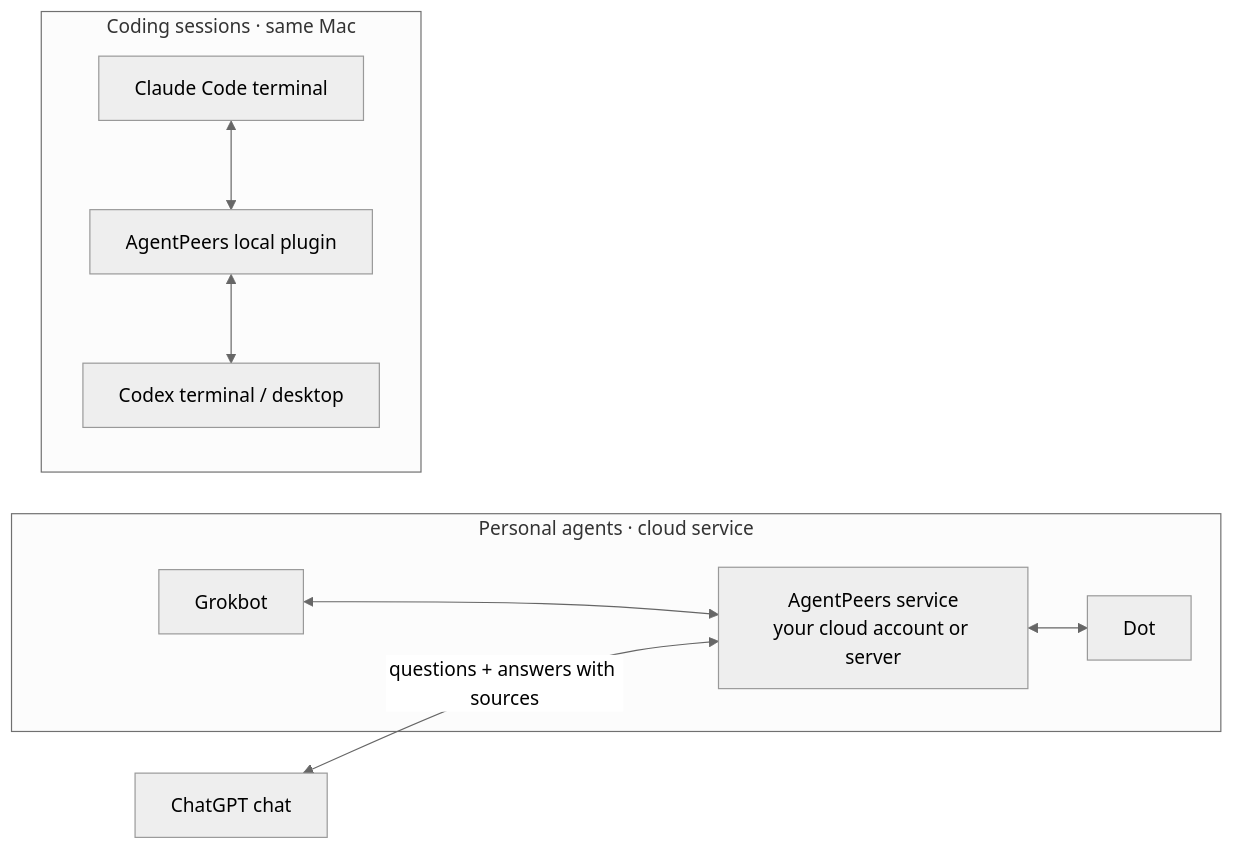
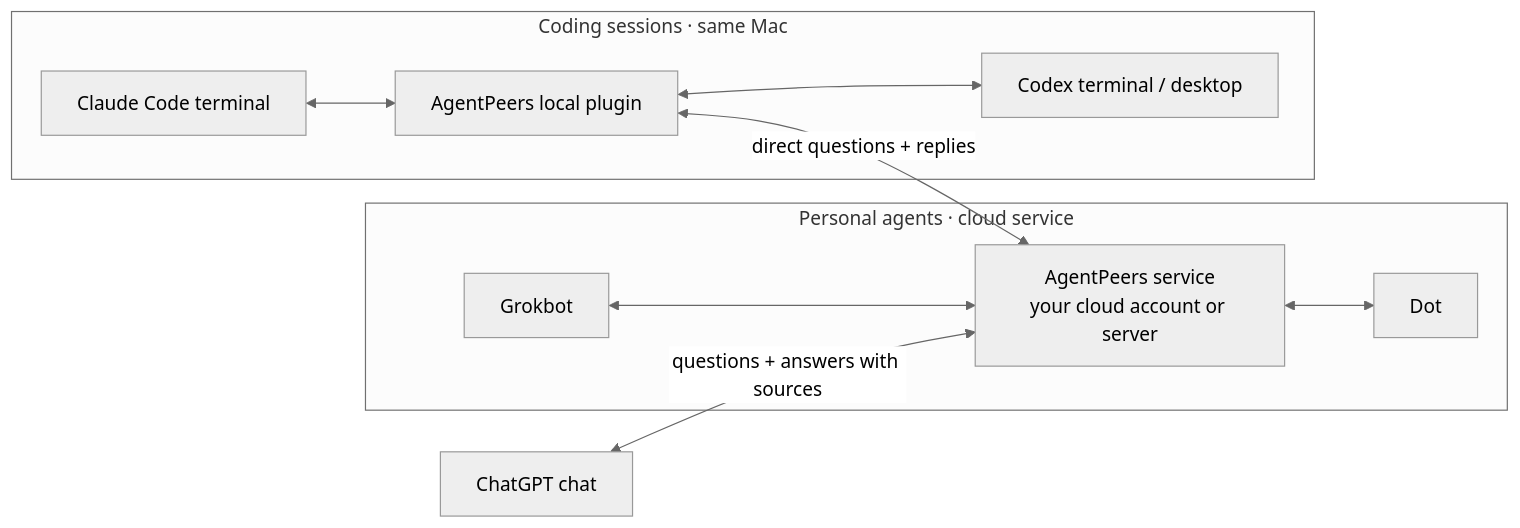
Before and after one commit to cshenx/agentpeers: the diagram in README.md, drawn with Mermaid (neutral theme). The commit also changed other lines of this file and 24 other files, not shown here.

````diff
--- a/README.md
+++ b/README.md
@@ -119,12 +121,13 @@
 ```mermaid
 flowchart LR
     subgraph personal["Personal agents · cloud service"]
         G["Grokbot"] <--> P["AgentPeers service<br/>your cloud account or server"]
         P <--> D["Dot"]
     end
     Q["ChatGPT chat"] <-->|"questions + answers with sources"| P
     subgraph coding["Coding sessions · same Mac"]
         A["Claude Code terminal"] <--> L["AgentPeers local plugin"]
         L <--> C["Codex terminal / desktop"]
     end
+    L <-->|"direct questions + replies"| P
 ```
````
